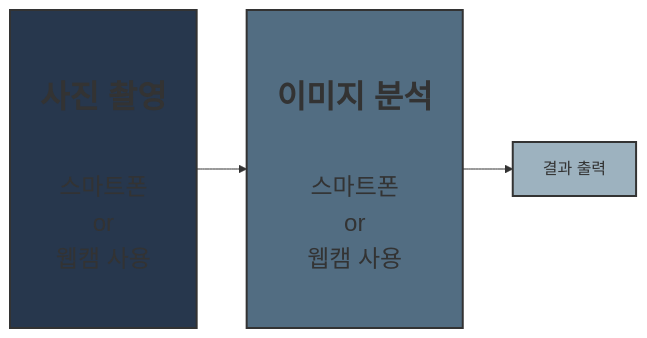
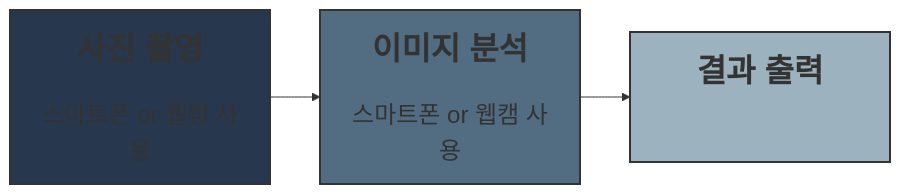
Before and after one commit to 201710808/-p: the diagram in Readme.md, drawn with Mermaid.

````diff
--- a/Readme.md
+++ b/Readme.md
@@ -3,10 +3,11 @@
 ```mermaid
 graph LR
-A[<br><br><b><span style='font-size:32px'>사진 촬영</span></b>\n\n\n<span style='font-size:24px'>스마트폰\nor\n웹캠 사용<br><br>] --> B[<br><br><b><span style='font-size:32px'>이미지 분석</span></b>\n\n\n<span style='font-size:24px'>스마트폰\nor\n웹캠 사용<br><br>]
-B --> C[결과 출력]
+A[<div style='min-width:200px; min-height:100px'><b><span style='font-size:32px'>사진 촬영</span></b><br><br><span style='font-size:24px'>스마트폰 or 웹캠 사용</span></div>] --> B[<div style='min-width:200px; min-height:100px'><b><span style='font-size:32px'>이미지 분석</span></b><br><br><span style='font-size:24px'>스마트폰 or 웹캠 사용</span></div>]
+B --> C[<div style='min-width:200px; min-height:100px'><b><span style='font-size:32px'>결과 출력</span></b></div>]
 
 style A fill:#27374D,stroke:#333,stroke-width:2px
 style B fill:#526D82,stroke:#333,stroke-width:2px
-style C fill:#9DB2BF ,stroke:#333,stroke-width:2px
+style C fill:#9DB2BF,stroke:#333,stroke-width:2px
+
 
 ```
````
